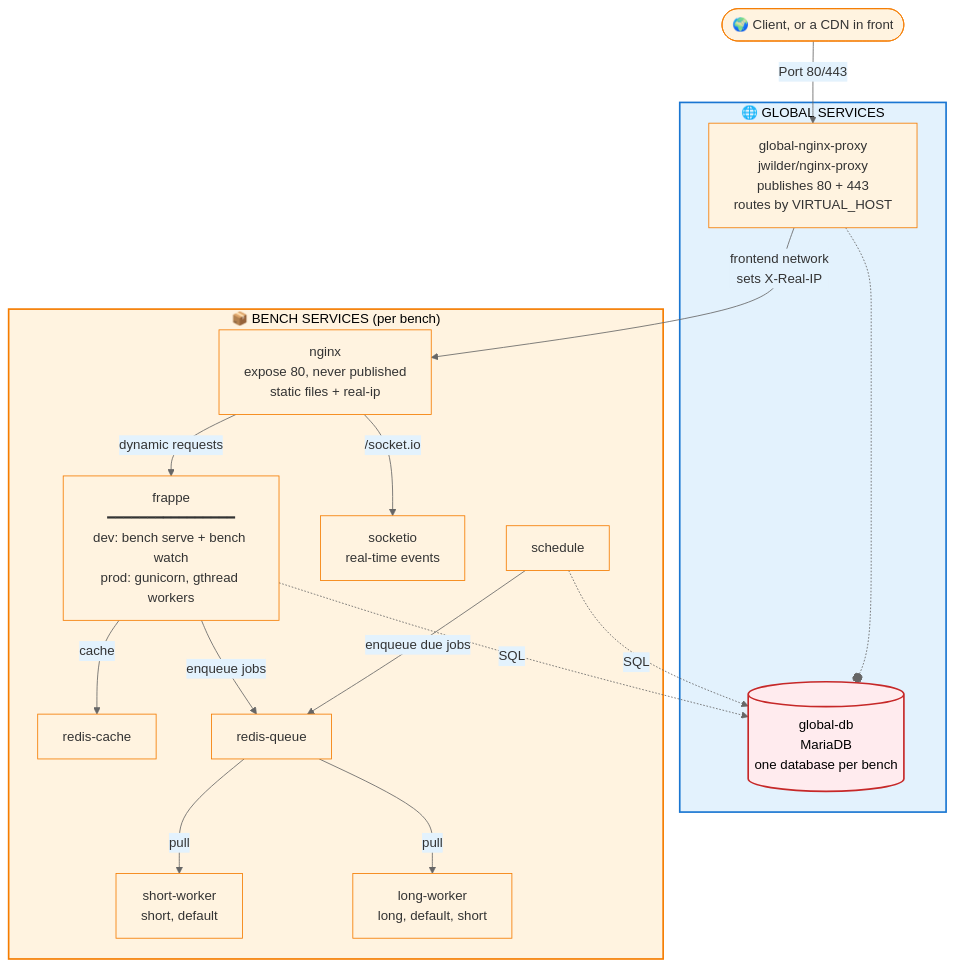
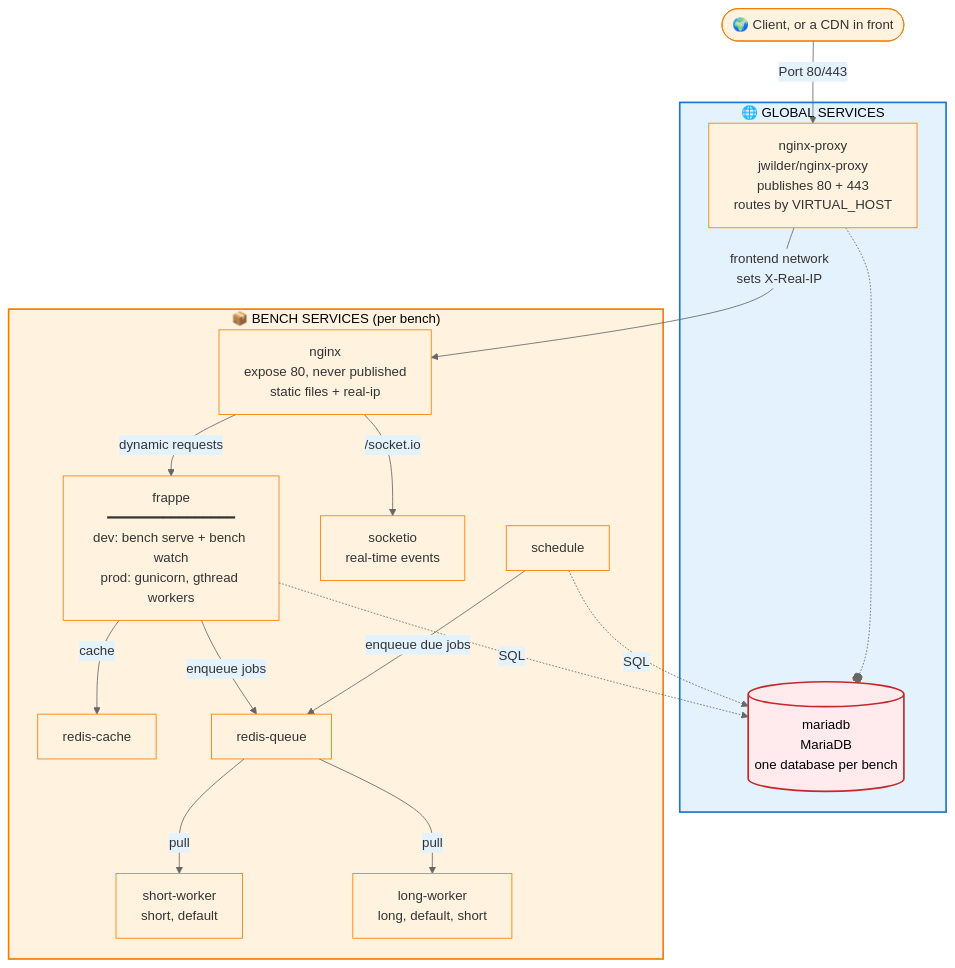
One commit to rtCamp/Frappe-Manager changed the diagram in docs/reference/architecture.md. Above: the diagram before and after it, drawn with Mermaid. The commit also changed other lines of this file and 103 other files, not shown here.

````diff
--- a/docs/reference/architecture.md
+++ b/docs/reference/architecture.md
@@ -26,35 +26,35 @@
 ```mermaid
 %%{init: {'theme':'base', 'themeVariables': { 'primaryColor':'#fff3e0','primaryTextColor':'#333','primaryBorderColor':'#f57c00','lineColor':'#666','secondaryColor':'#e3f2fd','tertiaryColor':'#ffebee','fontSize':'16px'}}}%%
 flowchart TB
     Edge([🌍 Client, or a CDN in front])
     Edge -->|Port 80/443| Proxy
 
     subgraph global[" 🌐 GLOBAL SERVICES "]
-        Proxy[global-nginx-proxy<br/>jwilder/nginx-proxy<br/>publishes 80 + 443<br/>routes by VIRTUAL_HOST] -..-o DB[(global-db<br/>MariaDB<br/>one database per bench)]
+        Proxy[nginx-proxy<br/>jwilder/nginx-proxy<br/>publishes 80 + 443<br/>routes by VIRTUAL_HOST] -..-o DB[(mariadb<br/>MariaDB<br/>one database per bench)]
     end
 
     Proxy -->|frontend network<br/>sets X-Real-IP| BN
 
     subgraph bench[" 📦 BENCH SERVICES (per bench) "]
         BN[nginx<br/>expose 80, never published<br/>static files + real-ip]
         BN -->|dynamic requests| BF
         BN -->|/socket.io| BS[socketio<br/>real-time events]
         BF[frappe<br/>━━━━━━━━━━━━━━━━<br/>dev: bench serve + bench watch<br/>prod: gunicorn, gthread workers]
         BF -->|cache| RC[redis-cache]
         BF -->|enqueue jobs| RQ[redis-queue]
         SCH[schedule] -->|enqueue due jobs| RQ
         RQ -->|pull| W1[short-worker<br/>short, default]
         RQ -->|pull| W2[long-worker<br/>long, default, short]
     end
 
     BF -.->|SQL| DB
     SCH -.->|SQL| DB
 
     classDef globalStyle fill:#e3f2fd,stroke:#1976d2,stroke-width:2px,color:#000
     classDef benchStyle fill:#fff3e0,stroke:#f57c00,stroke-width:2px,color:#000
     classDef dbStyle fill:#ffebee,stroke:#c62828,stroke-width:2px,color:#000
 
     class global globalStyle
     class bench benchStyle
     class DB dbStyle
 ```
````
